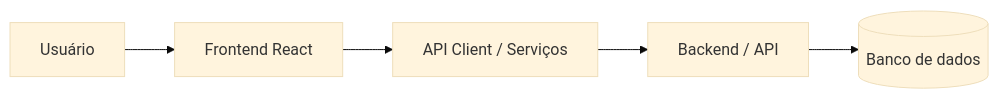
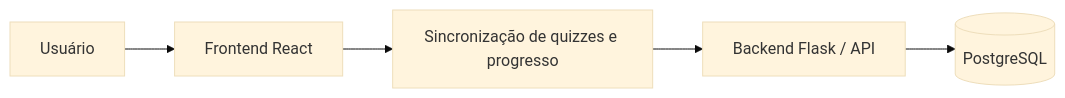
One commit to Thomasx7/Sistema-Acs changed the second of 2 diagrams in frontend/README_TECNICO.md. Above: the diagram before and after it, drawn with Mermaid (base theme). The commit also changed other lines of this file and 20 other files, not shown here.

````diff
--- a/frontend/README_TECNICO.md
+++ b/frontend/README_TECNICO.md
@@ -67,7 +67,7 @@
 ```mermaid
 flowchart LR
     U[Usuário] --> F[Frontend React]
-    F --> S[API Client / Serviços]
-    S --> B[Backend / API]
-    B --> DB[(Banco de dados)]
+    F --> S[Sincronização de quizzes e progresso]
+    S --> B[Backend Flask / API]
+    B --> DB[(PostgreSQL)]
 ```
````
